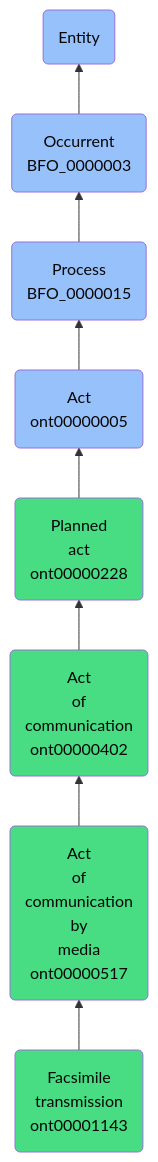
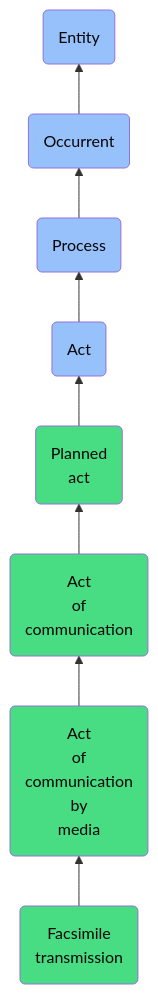
The diagram in docs/ontology/reference/model/Entity/Occurrent/Process/Act/Planned act/Act of communication/Act of communication by media/Facsimile transmission/Facsimile transmission.md (jupyter-naas/abi), drawn with Mermaid before and after one commit. The commit also changed other lines of this file and 1430 other files, not shown here.

````diff
--- a/docs/ontology/reference/model/Entity/Occurrent/Process/Act/Planned act/Act of communication/Act of communication by media/Facsimile transmission/Facsimile transmission.md
+++ b/docs/ontology/reference/model/Entity/Occurrent/Process/Act/Planned act/Act of communication/Act of communication by media/Facsimile transmission/Facsimile transmission.md
@@ -25,15 +25,15 @@
 ```mermaid
 graph BT
-    ont00001143(Facsimile<br>transmission<br>ont00001143):::ABI-->ont00000517
-    ont00000517(Act<br>of<br>communication<br>by<br>media<br>ont00000517):::ABI-->ont00000402
-    ont00000402(Act<br>of<br>communication<br>ont00000402):::ABI-->ont00000228
-    ont00000228(Planned<br>act<br>ont00000228):::ABI-->ont00000005
-    ont00000005(Act<br>ont00000005):::BFO-->BFO_0000015
-    BFO_0000015(Process<br>BFO_0000015):::BFO-->BFO_0000003
-    BFO_0000003(Occurrent<br>BFO_0000003):::BFO-->BFO_0000001
+    ont00001143(Facsimile<br>transmission):::ABI-->ont00000517
+    ont00000517(Act<br>of<br>communication<br>by<br>media):::ABI-->ont00000402
+    ont00000402(Act<br>of<br>communication):::ABI-->ont00000228
+    ont00000228(Planned<br>act):::ABI-->ont00000005
+    ont00000005(Act):::BFO-->BFO_0000015
+    BFO_0000015(Process):::BFO-->BFO_0000003
+    BFO_0000003(Occurrent):::BFO-->BFO_0000001
     BFO_0000001(Entity):::BFO
     
     classDef BFO fill:#97c1fb,color:#060606
     classDef CCO fill:#e4c51e,color:#060606
     classDef ABI fill:#48DD82,color:#060606
 ```
````
